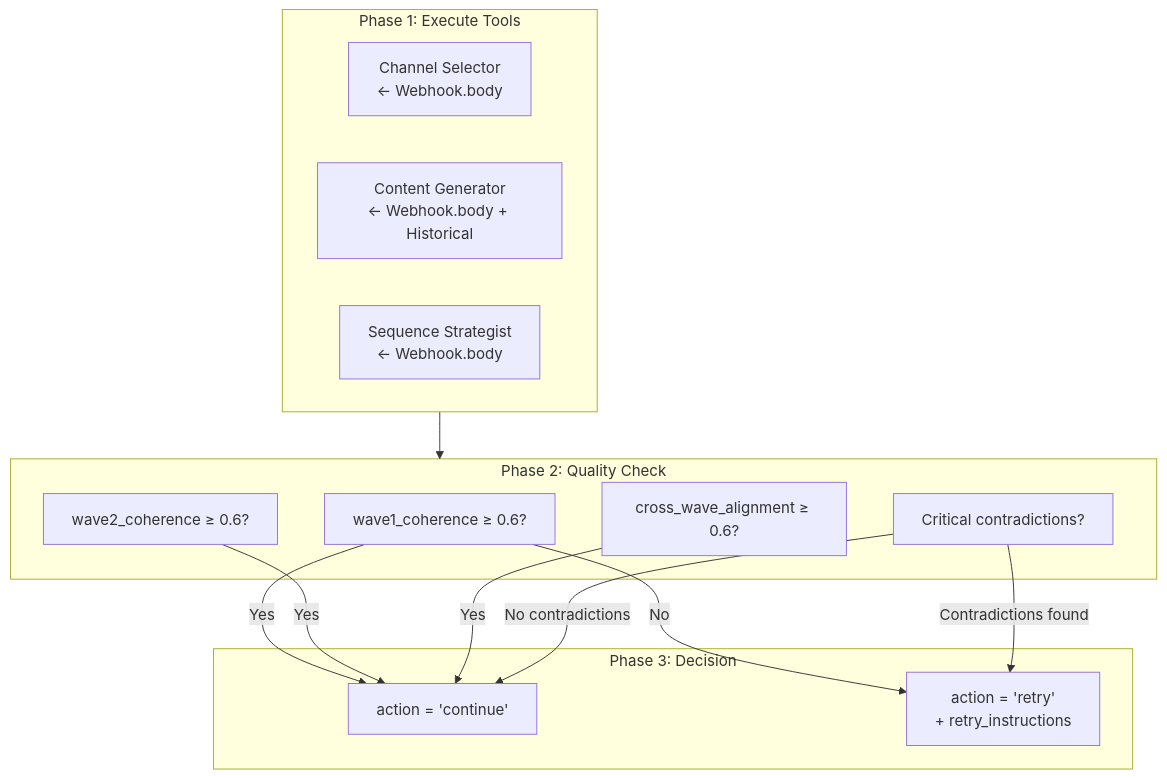
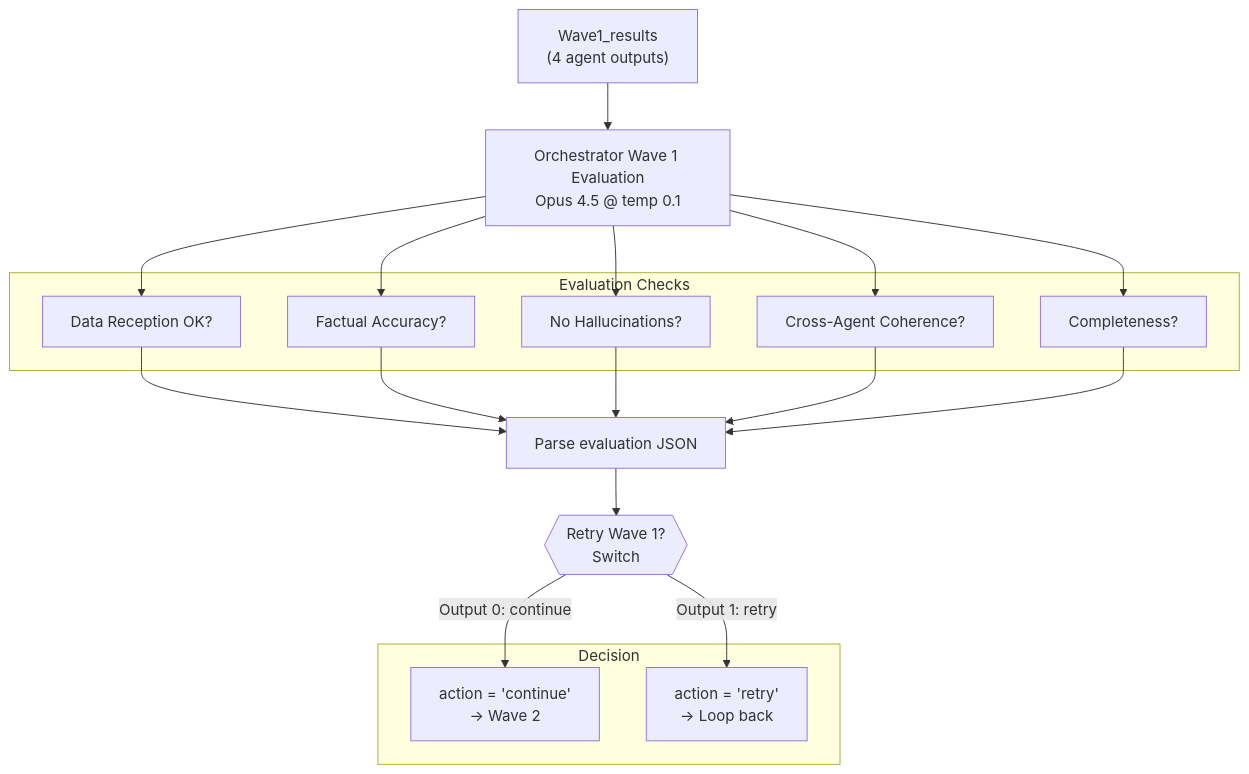
One commit to damianstetsonair/sales-n8n-ia changed the eighth of 17 diagrams in WORKFLOW-DIAGRAM.md. Above: the diagram before and after it, drawn with Mermaid. The commit also changed other lines of this file and 8 other files, not shown here.

Commit message:
update flows based in parallel workflow

````diff
--- a/WORKFLOW-DIAGRAM.md
+++ b/WORKFLOW-DIAGRAM.md
@@ -595,28 +570,27 @@
 ```mermaid
 flowchart TB
-    subgraph PHASE1["Phase 1: Execute Tools"]
-        T5["Channel Selector<br/>← Webhook.body"]
-        T6["Content Generator<br/>← Webhook.body + Historical"]
-        T7["Sequence Strategist<br/>← Webhook.body"]
+    W1R["Wave1_results<br/>(4 agent outputs)"]
+    OWE["Orchestrator Wave 1 Evaluation<br/>Opus 4.5 @ temp 0.1"]
+    PEJ["Parse evaluation JSON"]
+    SW{{"Retry Wave 1?<br/>Switch"}}
+
+    subgraph EVAL["Evaluation Checks"]
+        EC1["Data Reception OK?"]
+        EC2["Factual Accuracy?"]
+        EC3["No Hallucinations?"]
+        EC4["Cross-Agent Coherence?"]
+        EC5["Completeness?"]
     end
 
-    subgraph PHASE2["Phase 2: Quality Check"]
-        QC1["wave1_coherence ≥ 0.6?"]
-        QC2["wave2_coherence ≥ 0.6?"]
-        QC3["cross_wave_alignment ≥ 0.6?"]
-        QC4["Critical contradictions?"]
+    subgraph DECISION["Decision"]
+        CONTINUE["action = 'continue'<br/>→ Wave 2"]
+        RETRY["action = 'retry'<br/>→ Loop back"]
     end
 
-    subgraph PHASE3["Phase 3: Decision"]
-        CONTINUE["action = 'continue'"]
-        RETRY["action = 'retry'<br/>+ retry_instructions"]
-    end
-
-    PHASE1 --> PHASE2
-    QC1 -->|"Yes"| CONTINUE
-    QC2 -->|"Yes"| CONTINUE
-    QC3 -->|"Yes"| CONTINUE
-    QC4 -->|"No contradictions"| CONTINUE
-    QC1 -->|"No"| RETRY
-    QC4 -->|"Contradictions found"| RETRY
+    W1R --> OWE
+    OWE --> EC1 & EC2 & EC3 & EC4 & EC5
+    EC1 & EC2 & EC3 & EC4 & EC5 --> PEJ
+    PEJ --> SW
+    SW -->|"Output 0: continue"| CONTINUE
+    SW -->|"Output 1: retry"| RETRY
 ```
````
